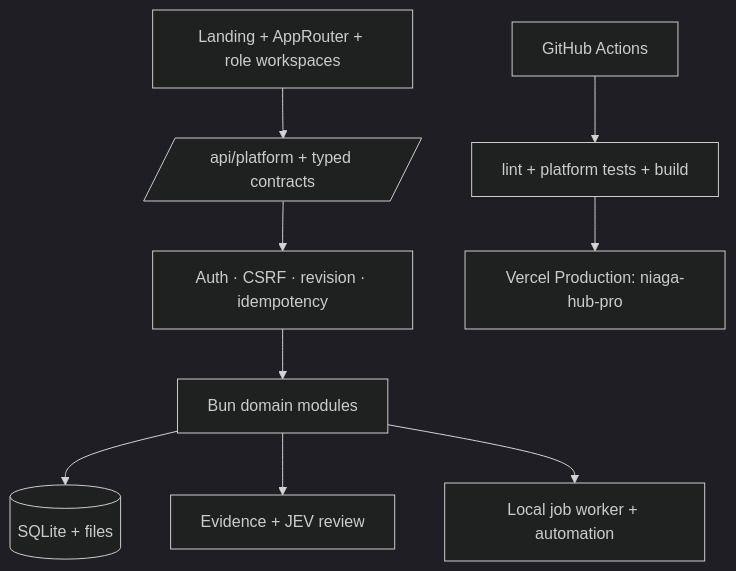
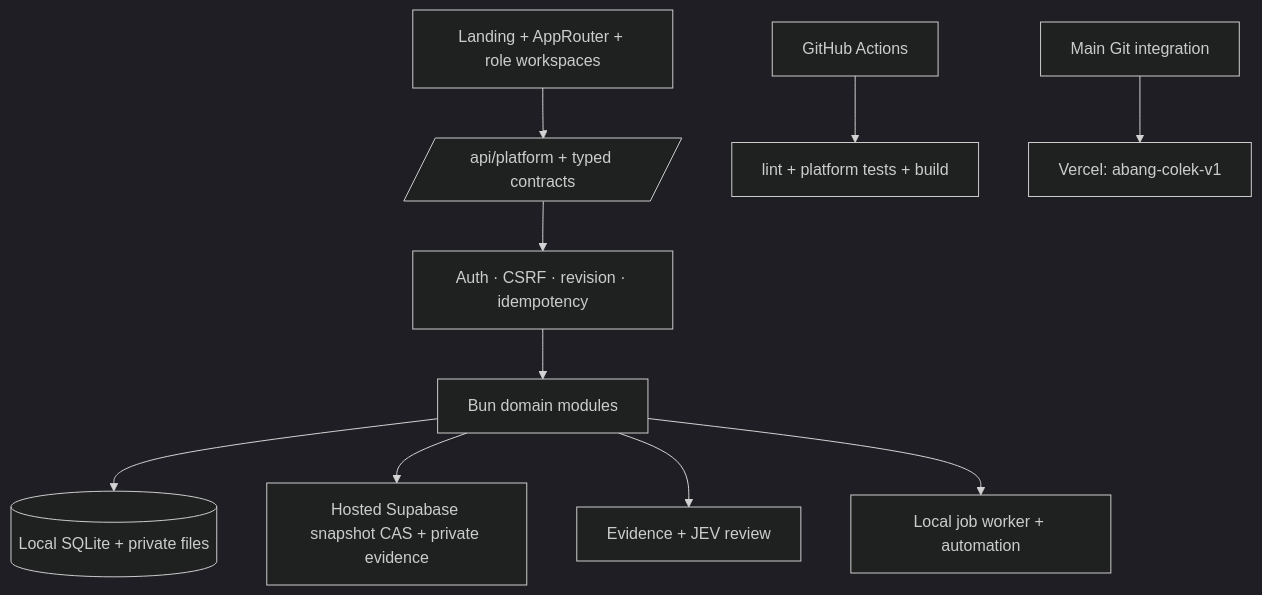
One commit to thisisniagahub/ABANG-COLEK-V1 changed the diagram in README.md. Above: the diagram before and after it, drawn with Mermaid (dark theme). The commit also changed other lines of this file and 23 other files, not shown here.

````diff
--- a/README.md
+++ b/README.md
@@ -50,11 +50,12 @@
 ```mermaid
 flowchart TD
     A[Landing + AppRouter + role workspaces] --> B[/api/platform + typed contracts/]
     B --> C[Auth · CSRF · revision · idempotency]
     C --> D[Bun domain modules]
-    D --> E[(SQLite + files)]
+    D --> E[(Local SQLite + private files)]
+    D --> K[Hosted Supabase snapshot CAS + private evidence]
     D --> F[Evidence + JEV review]
     D --> G[Local job worker + automation]
     H[GitHub Actions] --> I[lint + platform tests + build]
-    I --> J[Vercel Production: niaga-hub-pro]
+    L[Main Git integration] --> J[Vercel: abang-colek-v1]
 ```
````
